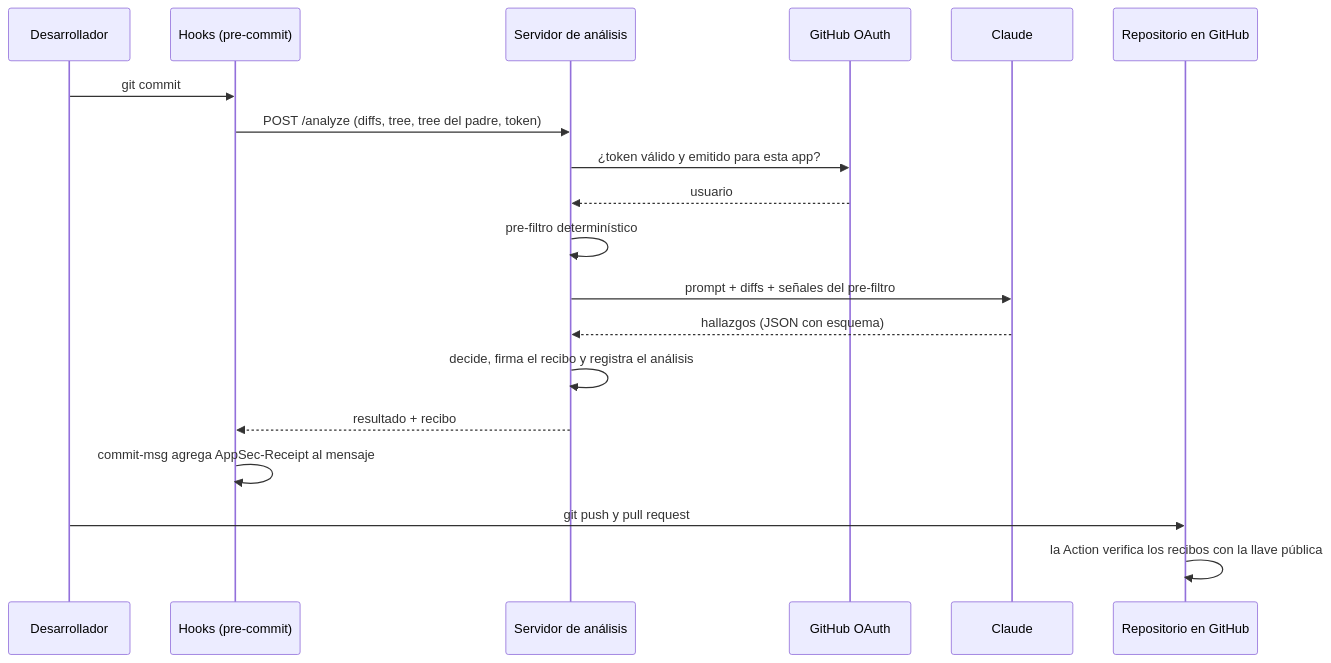
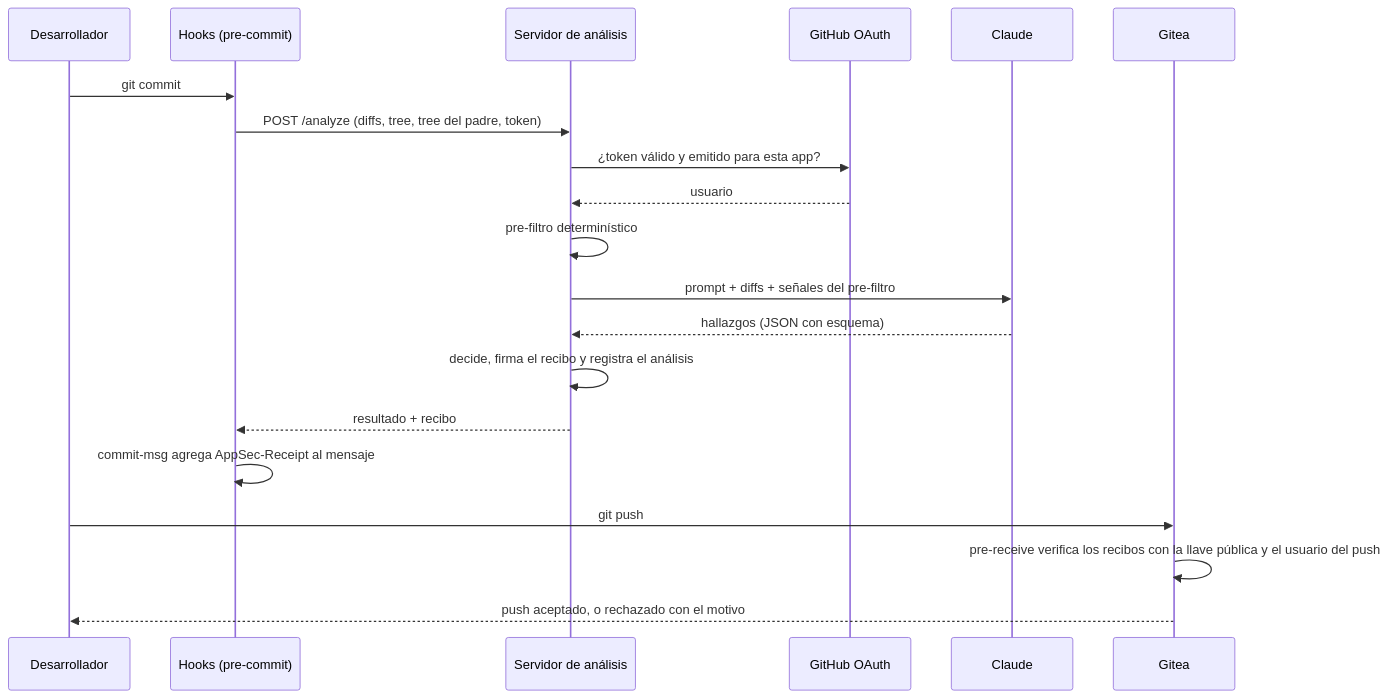
The second of 2 diagrams in README.md (sirnaranjo/appsec-genai-challenge), drawn with Mermaid before and after one commit. The commit also changed other lines of this file and 5 other files, not shown here.

First line of the commit message:
README de la propuesta con Gitea y capturas actualizadas

````diff
--- a/README.md
+++ b/README.md
@@ -37,21 +52,22 @@
 ```mermaid
 sequenceDiagram
     participant D as Desarrollador
     participant H as Hooks (pre-commit)
     participant S as Servidor de análisis
     participant G as GitHub OAuth
     participant C as Claude
-    participant R as Repositorio en GitHub
+    participant T as Gitea
     D->>H: git commit
     H->>S: POST /analyze (diffs, tree, tree del padre, token)
     S->>G: ¿token válido y emitido para esta app?
     G-->>S: usuario
     S->>S: pre-filtro determinístico
     S->>C: prompt + diffs + señales del pre-filtro
     C-->>S: hallazgos (JSON con esquema)
     S->>S: decide, firma el recibo y registra el análisis
     S-->>H: resultado + recibo
     H->>H: commit-msg agrega AppSec-Receipt al mensaje
-    D->>R: git push y pull request
-    R->>R: la Action verifica los recibos con la llave pública
+    D->>T: git push
+    T->>T: pre-receive verifica los recibos con la llave pública y el usuario del push
+    T-->>D: push aceptado, o rechazado con el motivo
 ```
````
